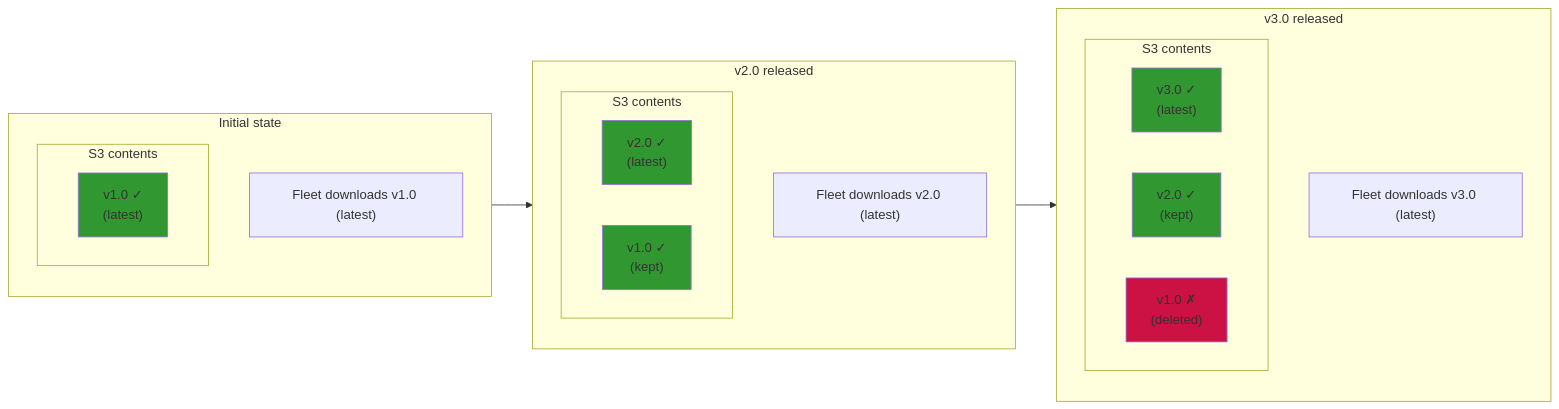
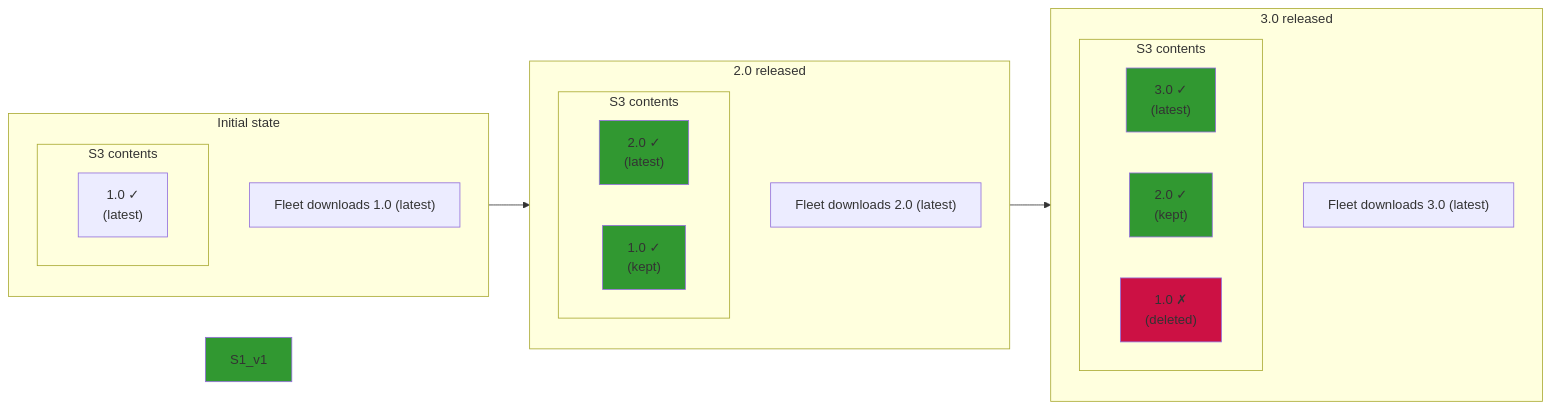
One commit to fleetdm/fleet changed the first of 4 diagrams in docs/Contributing/product-groups/software/rollback-fleet-maintained-app-version.md. Above: the diagram before and after it, drawn with Mermaid. The commit also changed other lines of this file, not shown here.

````diff
--- a/docs/Contributing/product-groups/software/rollback-fleet-maintained-app-version.md
+++ b/docs/Contributing/product-groups/software/rollback-fleet-maintained-app-version.md
@@ -21,38 +21,38 @@
 ```mermaid
 flowchart LR
     subgraph T1["Initial state"]
         direction TB
-        S1_title["Fleet downloads v1.0 (latest)"]
+        S1_title["Fleet downloads 1.0 (latest)"]
         subgraph S1["S3 contents"]
-            S1_v1["v1.0 ✓<br/>(latest)"]
+            S1_1["1.0 ✓<br/>(latest)"]
         end
     end
 
-    subgraph T2["v2.0 released"]
+    subgraph T2["2.0 released"]
         direction TB
-        S2_title["Fleet downloads v2.0 (latest)"]
+        S2_title["Fleet downloads 2.0 (latest)"]
         subgraph S2["S3 contents"]
-            S2_v2["v2.0 ✓<br/>(latest)"]
-            S2_v1["v1.0 ✓<br/>(kept)"]
+            S2_v2["2.0 ✓<br/>(latest)"]
+            S2_v1["1.0 ✓<br/>(kept)"]
         end
     end
 
-    subgraph T3["v3.0 released"]
+    subgraph T3["3.0 released"]
         direction TB
-        S3_title["Fleet downloads v3.0 (latest)"]
+        S3_title["Fleet downloads 3.0 (latest)"]
         subgraph S3["S3 contents"]
-            S3_v3["v3.0 ✓<br/>(latest)"]
-            S3_v2["v2.0 ✓<br/>(kept)"]
-            S3_v1["v1.0 ✗<br/>(deleted)"]
+            S3_v3["3.0 ✓<br/>(latest)"]
+            S3_v2["2.0 ✓<br/>(kept)"]
+            S3_v1["1.0 ✗<br/>(deleted)"]
         end
     end
 
     T1 --> T2 --> T3
 
     style S1_v1 fill:#319831
     style S2_v2 fill:#319831
     style S2_v1 fill:#319831
     style S3_v3 fill:#319831
     style S3_v2 fill:#319831
     style S3_v1 fill:#CC1144
 ```
````
